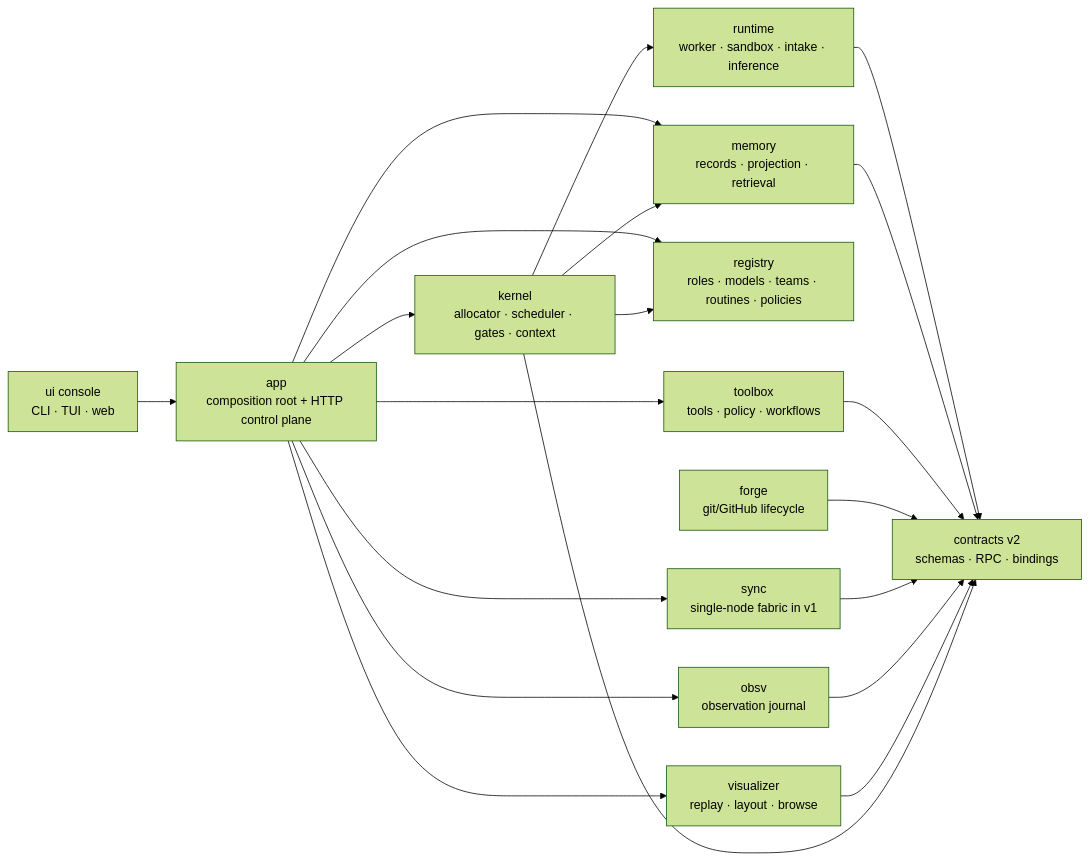
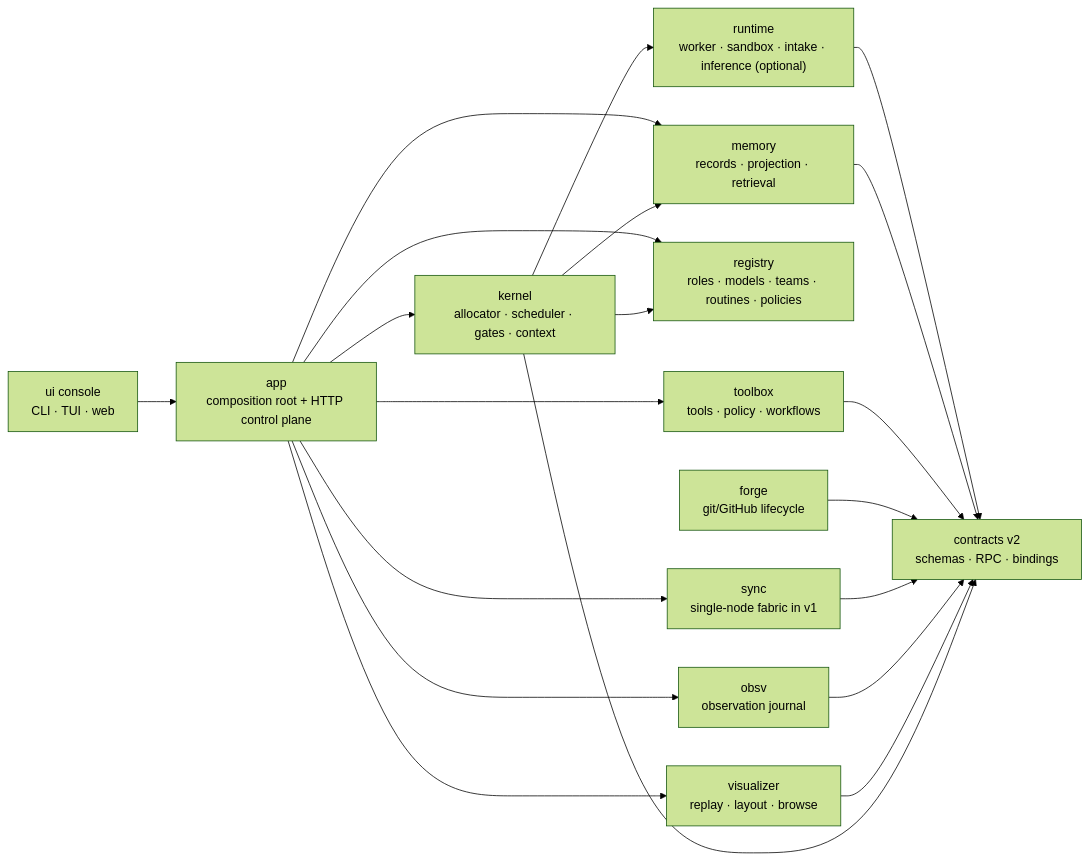
The diagram in README.md (greadee/aa), drawn with Mermaid (forest theme) before and after one commit. The commit also changed other lines of this file and 32 other files, not shown here.

````diff
--- a/README.md
+++ b/README.md
@@ -69,35 +76,35 @@
 ```mermaid
 flowchart LR
     console["ui console<br/>CLI · TUI · web"]
     app["app<br/>composition root + HTTP control plane"]
     kernel["kernel<br/>allocator · scheduler · gates · context"]
-    runtime["runtime<br/>worker · sandbox · intake · inference"]
+    runtime["runtime<br/>worker · sandbox · intake · inference (optional)"]
     memory["memory<br/>records · projection · retrieval"]
     registry["registry<br/>roles · models · teams · routines · policies"]
     toolbox["toolbox<br/>tools · policy · workflows"]
     forge["forge<br/>git/GitHub lifecycle"]
     sync["sync<br/>single-node fabric in v1"]
     obsv["obsv<br/>observation journal"]
     vis["visualizer<br/>replay · layout · browse"]
     contracts["contracts v2<br/>schemas · RPC · bindings"]
 
     console --> app
     app --> kernel
     app --> memory
     app --> obsv
     app --> vis
     app --> sync
     app --> toolbox
     app --> registry
     kernel --> runtime
     kernel --> registry
     kernel --> memory
     runtime --> contracts
     memory --> contracts
     toolbox --> contracts
     forge --> contracts
     sync --> contracts
     obsv --> contracts
     vis --> contracts
     kernel --> contracts
 ```
````
